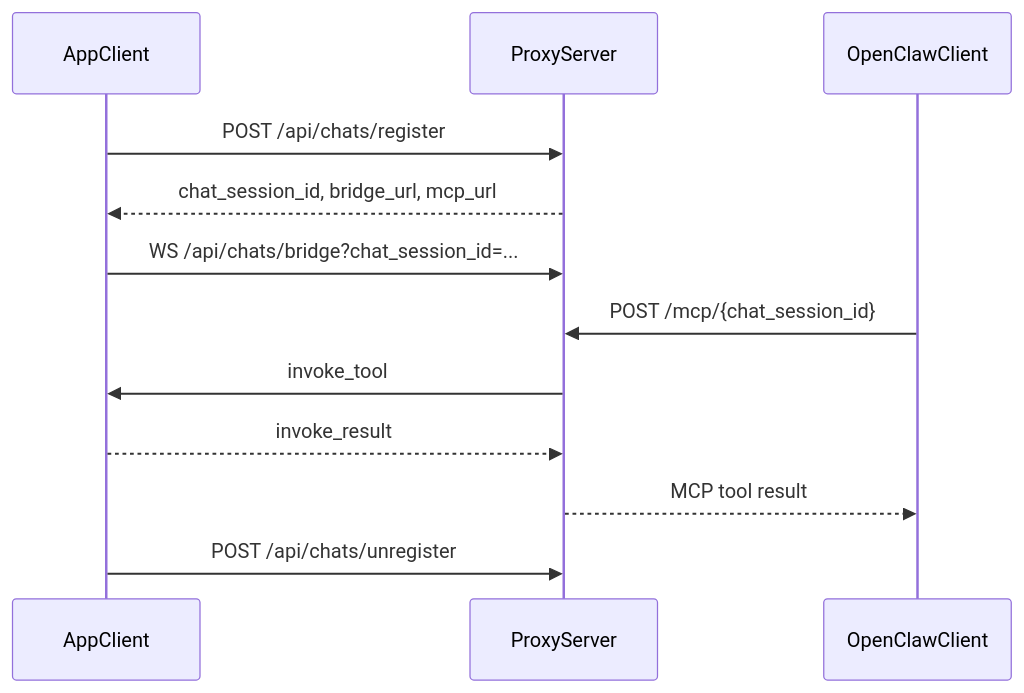
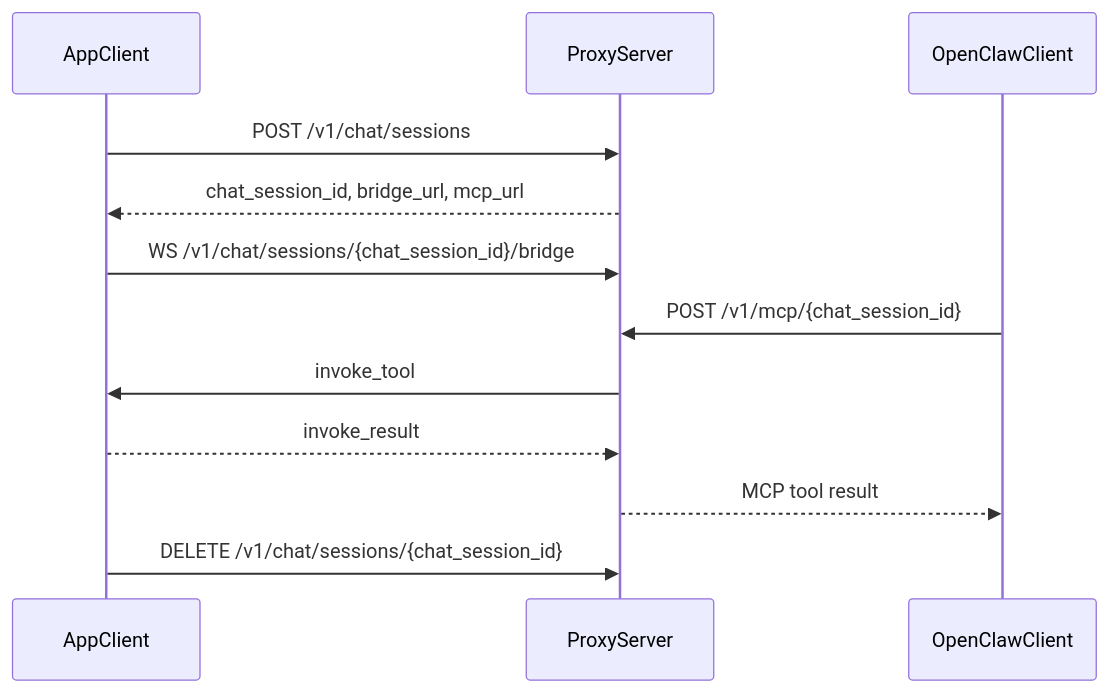
One commit to wenyue/openclaw_mcp_proxy changed the diagram in README.md. Above: the diagram before and after it, drawn with Mermaid. The commit also changed other lines of this file and 4 other files, not shown here.

First line of the commit message:
refactor: adopt versioned chat session routes

````diff
--- a/README.md
+++ b/README.md
@@ -12,15 +12,15 @@
 ```mermaid
 sequenceDiagram
     participant AppClient
     participant ProxyServer
     participant OpenClawClient
 
-    AppClient->>ProxyServer: POST /api/chats/register
+    AppClient->>ProxyServer: POST /v1/chat/sessions
     ProxyServer-->>AppClient: chat_session_id, bridge_url, mcp_url
-    AppClient->>ProxyServer: WS /api/chats/bridge?chat_session_id=...
-    OpenClawClient->>ProxyServer: POST /mcp/{chat_session_id}
+    AppClient->>ProxyServer: WS /v1/chat/sessions/{chat_session_id}/bridge
+    OpenClawClient->>ProxyServer: POST /v1/mcp/{chat_session_id}
     ProxyServer->>AppClient: invoke_tool
     AppClient-->>ProxyServer: invoke_result
     ProxyServer-->>OpenClawClient: MCP tool result
-    AppClient->>ProxyServer: POST /api/chats/unregister
+    AppClient->>ProxyServer: DELETE /v1/chat/sessions/{chat_session_id}
 ```
````
